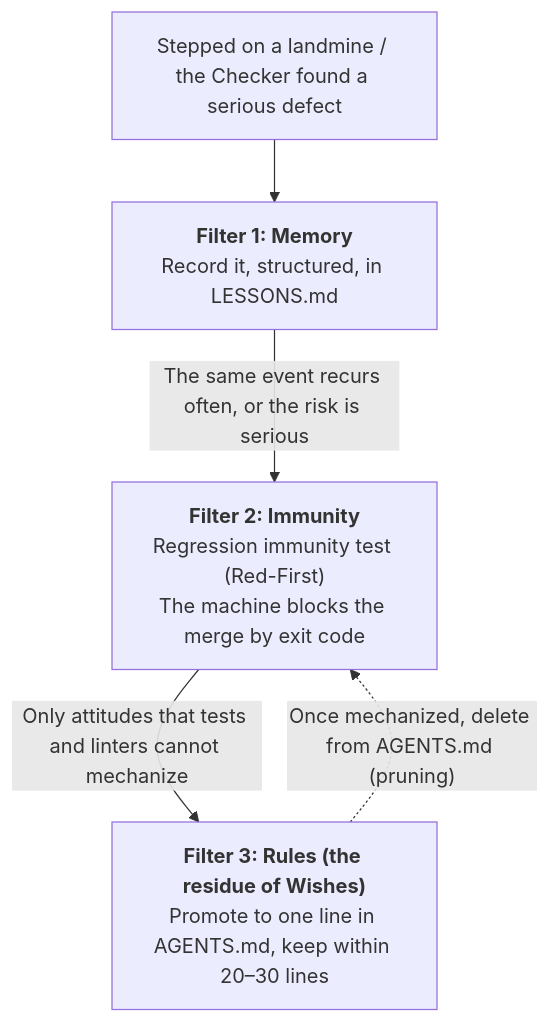
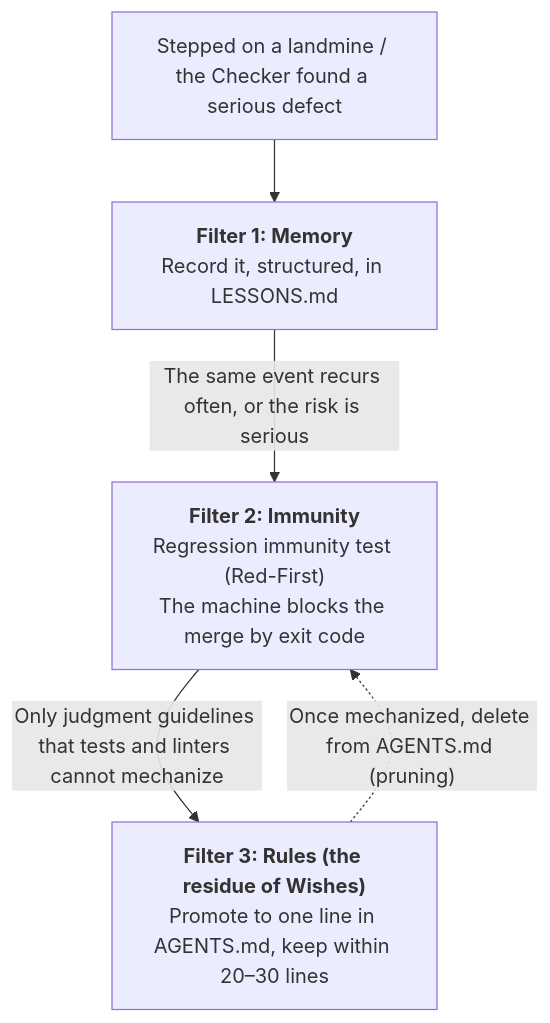
One commit to hamatz/agent-harness-kit changed the sixth of 7 diagrams in docs/paper.en.md. Above: the diagram before and after it, drawn with Mermaid. The commit also changed 1 other file, not shown here.

Commit message:
意味の通りにくい箇所の修正

````diff
--- a/docs/paper.en.md
+++ b/docs/paper.en.md
@@ -389,10 +389,10 @@
 ```mermaid
 flowchart TB
   T["Stepped on a landmine / the Checker found a serious defect"] --> F1
   F1["<b>Filter 1: Memory</b><br/>Record it, structured, in LESSONS.md"]
   F1 -->|"The same event recurs often, or the risk is serious"| F2
   F2["<b>Filter 2: Immunity</b><br/>Regression immunity test (Red-First)<br/>The machine blocks the merge by exit code"]
-  F2 -->|"Only attitudes that tests and linters cannot mechanize"| F3
+  F2 -->|"Only judgment guidelines that tests and linters cannot mechanize"| F3
   F3["<b>Filter 3: Rules (the residue of Wishes)</b><br/>Promote to one line in AGENTS.md, keep within 20–30 lines"]
   F3 -.->|"Once mechanized, delete from AGENTS.md (pruning)"| F2
 ```
````
